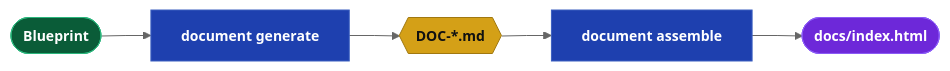
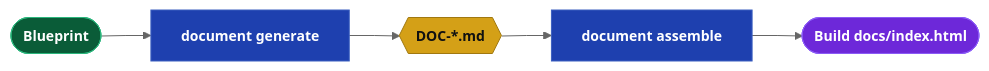
The seventh of 7 diagrams in docs/Drydock_Specification.md (webcloudstudio/Drydock), drawn with Mermaid before and after one commit. The commit also changed other lines of this file and 6 other files, not shown here.

````diff
--- a/docs/Drydock_Specification.md
+++ b/docs/Drydock_Specification.md
@@ -1051,15 +1109,15 @@
 ```mermaid
 %%{init: {'theme': 'neutral', 'flowchart': {'curve': 'linear'}, 'themeVariables': {'fontSize': '14px'}}}%%
 flowchart LR
   classDef dir    fill:#0a5c38,stroke:#2cb67d,color:#fff,font-weight:bold
   classDef md     fill:#d4a017,stroke:#a07810,color:#111,font-weight:bold
   classDef script fill:#1e40af,stroke:#3b5fc0,color:#fff,font-weight:bold
   classDef prompt fill:#c2410c,stroke:#ea580c,color:#fff,font-weight:bold
   classDef output fill:#6d28d9,stroke:#8b5cf6,color:#fff,font-weight:bold
   classDef web    fill:#be123c,stroke:#fb7185,color:#fff,font-weight:bold
 
   SPEC(["Blueprint"]):::dir --> GEN["document generate"]:::script
   GEN --> DOCMD{{"DOC-*.md"}}:::md
   DOCMD --> ASSEMBLE["document assemble"]:::script
-  ASSEMBLE --> HTML(["docs/index.html"]):::output
+  ASSEMBLE --> HTML(["Build docs/index.html"]):::output
 ```
````
